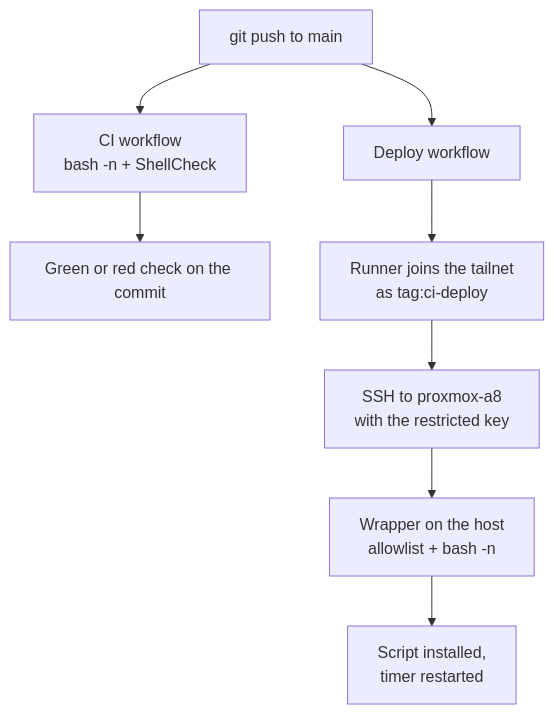
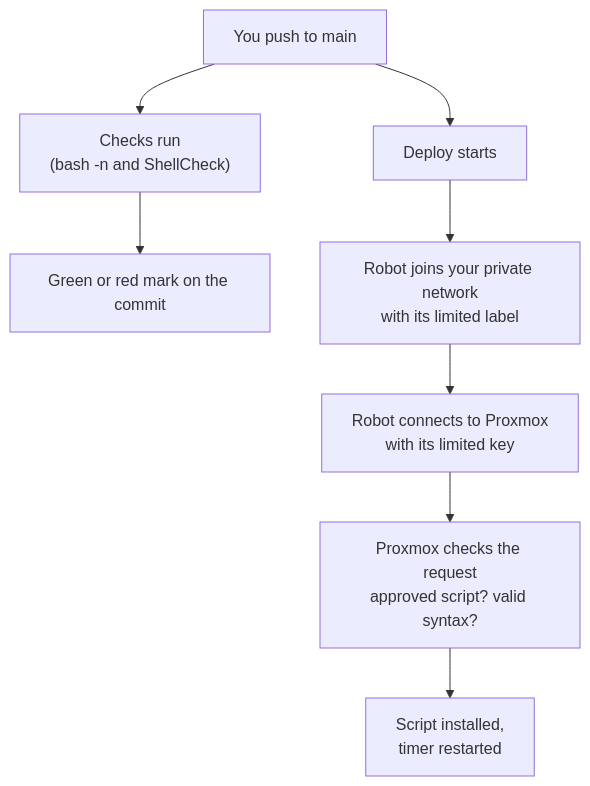
The diagram in HomeLab/5 - Automation/Automation Design.md (ClydeWasEjected/ClydeHomeLab), drawn with Mermaid before and after one commit. The commit also changed other lines of this file and 5 other files, not shown here.

````diff
--- a/HomeLab/5 - Automation/Automation Design.md
+++ b/HomeLab/5 - Automation/Automation Design.md
@@ -12,10 +20,10 @@
 ```mermaid
 flowchart TD
-    push["git push to main"] --> ci["CI workflow<br/>bash -n + ShellCheck"]
-    push --> dep["Deploy workflow"]
-    ci --> res["Green or red check on the commit"]
-    dep --> ts["Runner joins the tailnet<br/>as tag:ci-deploy"]
-    ts --> ssh["SSH to proxmox-a8<br/>with the restricted key"]
-    ssh --> wrap["Wrapper on the host<br/>allowlist + bash -n"]
+    push["You push to main"] --> ci["Checks run<br/>(bash -n and ShellCheck)"]
+    push --> dep["Deploy starts"]
+    ci --> res["Green or red mark on the commit"]
+    dep --> ts["Robot joins your private network<br/>with its limited label"]
+    ts --> ssh["Robot connects to Proxmox<br/>with its limited key"]
+    ssh --> wrap["Proxmox checks the request<br/>approved script? valid syntax?"]
     wrap --> done["Script installed,<br/>timer restarted"]
 ```
````
